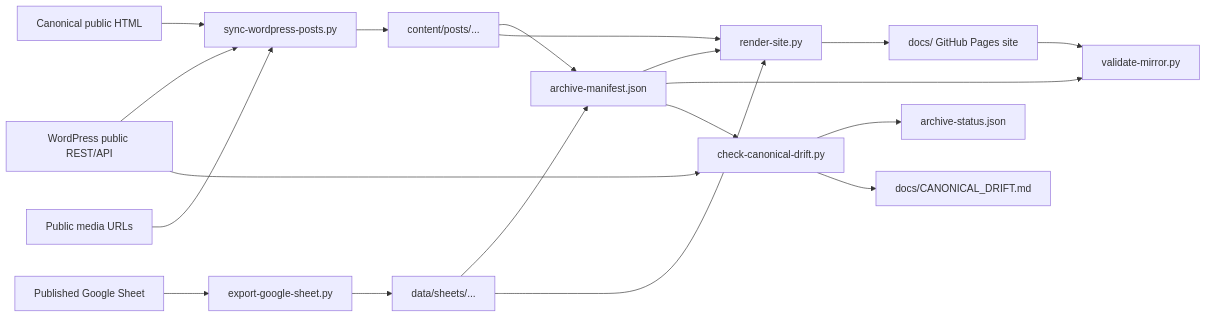
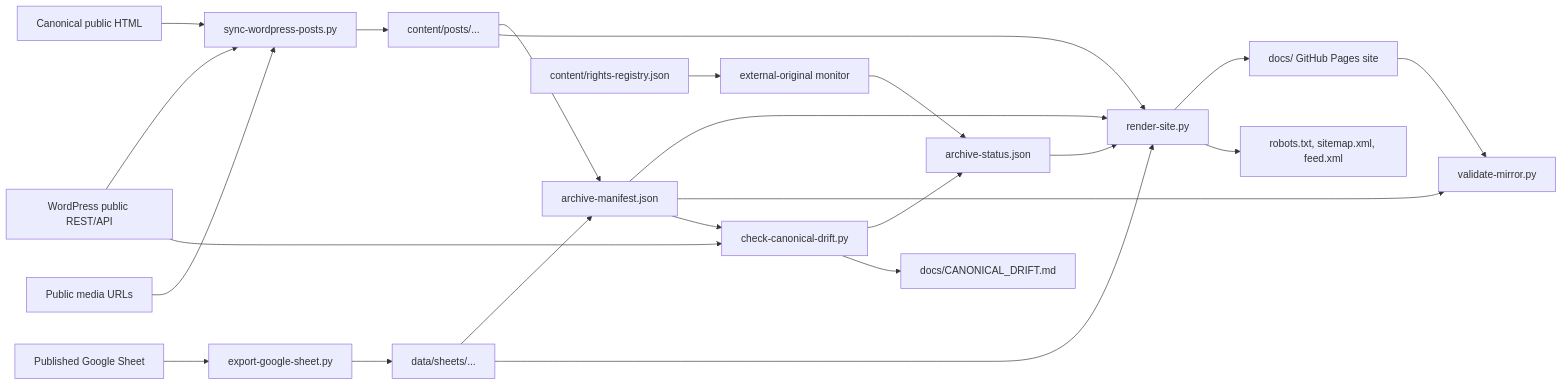
Before and after one commit to daryll-swer/daryllswer.com-archive: the diagram in ARCHITECTURE.md, drawn with Mermaid. The commit also changed other lines of this file and 61 other files, not shown here.

````diff
--- a/ARCHITECTURE.md
+++ b/ARCHITECTURE.md
@@ -67,21 +73,25 @@
 ```mermaid
 flowchart LR
   WP["WordPress public REST/API"] --> Sync["sync-wordpress-posts.py"]
   HTML["Canonical public HTML"] --> Sync
   Media["Public media URLs"] --> Sync
   Sheet["Published Google Sheet"] --> SheetExport["export-google-sheet.py"]
   Sync --> Posts["content/posts/..."]
   SheetExport --> Sheets["data/sheets/..."]
   Posts --> Manifest["archive-manifest.json"]
   Sheets --> Manifest
   Posts --> Site["render-site.py"]
   Sheets --> Site
   Manifest --> Site
   Site --> Pages["docs/ GitHub Pages site"]
   Manifest --> Validate["validate-mirror.py"]
   Pages --> Validate
   Manifest --> Drift["check-canonical-drift.py"]
   WP --> Drift
   Drift --> Status["archive-status.json"]
   Drift --> DriftReport["docs/CANONICAL_DRIFT.md"]
+  Rights["content/rights-registry.json"] --> SourceHealth["external-original monitor"]
+  SourceHealth --> Status
+  Status --> Site
+  Site --> Discovery["robots.txt, sitemap.xml, feed.xml"]
 ```
````
